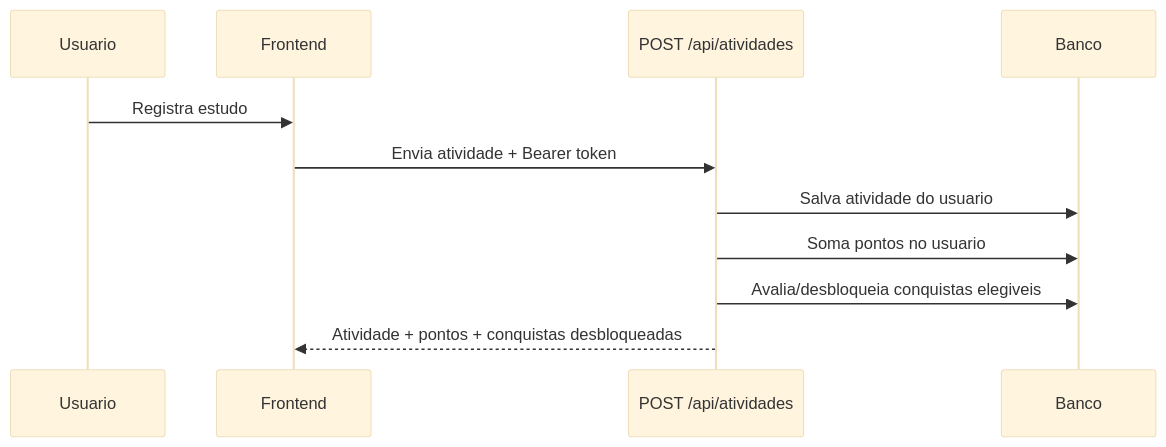
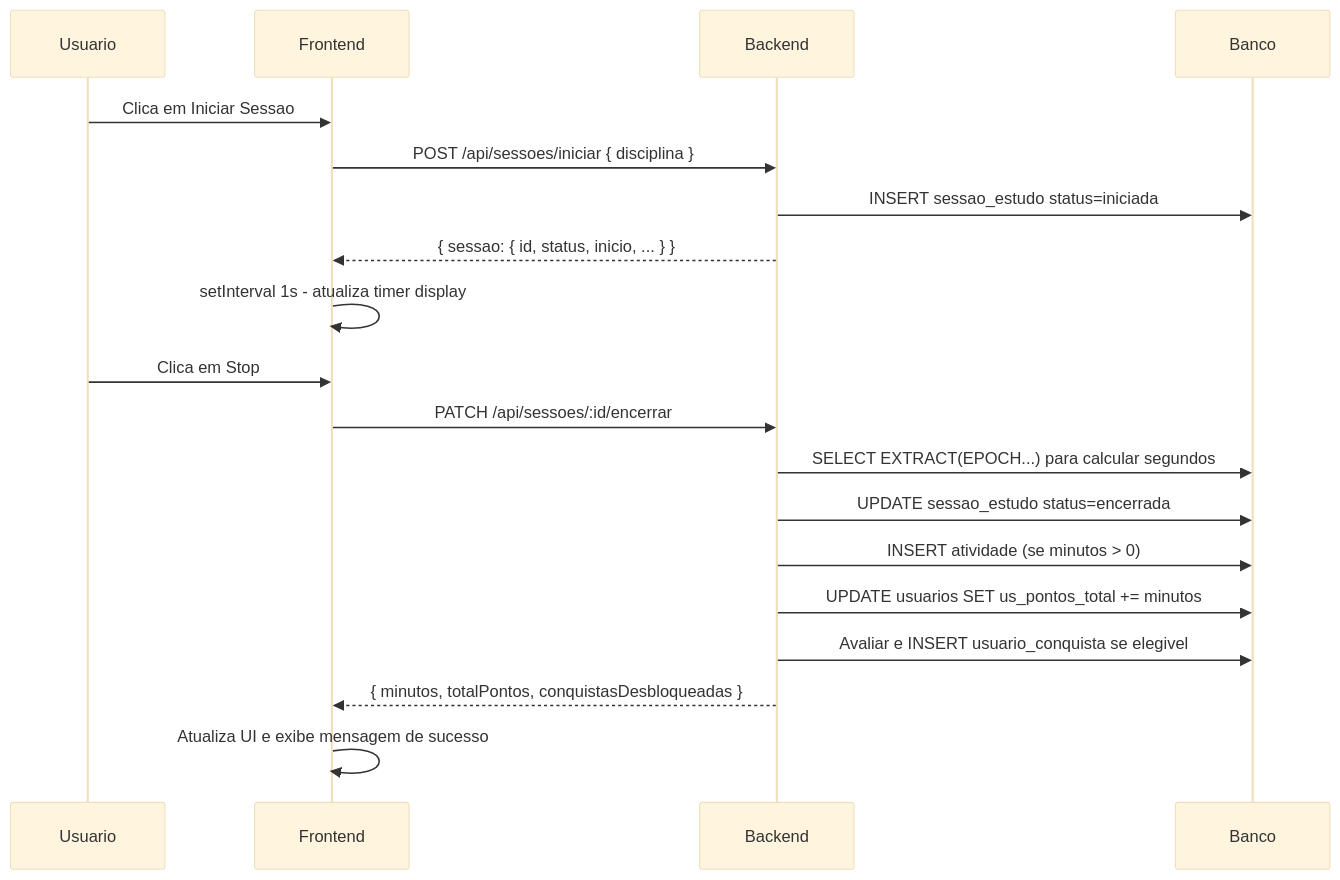
One commit to art4raujo0/xp-diario changed the second of 3 diagrams in docs/DIAGRAMAS_TELAS_USUARIO_FINAL.md. Above: the diagram before and after it, drawn with Mermaid (base theme). The commit also changed other lines of this file and 24 other files, not shown here.

````diff
--- a/docs/DIAGRAMAS_TELAS_USUARIO_FINAL.md
+++ b/docs/DIAGRAMAS_TELAS_USUARIO_FINAL.md
@@ -23,14 +102,23 @@
 ```mermaid
 sequenceDiagram
     participant U as Usuario
     participant APP as Frontend
-    participant API as POST /api/atividades
+    participant API as Backend
     participant DB as Banco
 
-    U->>APP: Registra estudo
-    APP->>API: Envia atividade + Bearer token
-    API->>DB: Salva atividade do usuario
-    API->>DB: Soma pontos no usuario
-    API->>DB: Avalia/desbloqueia conquistas elegiveis
-    API-->>APP: Atividade + pontos + conquistas desbloqueadas
+    U->>APP: Clica em Iniciar Sessao
+    APP->>API: POST /api/sessoes/iniciar { disciplina }
+    API->>DB: INSERT sessao_estudo status=iniciada
+    API-->>APP: { sessao: { id, status, inicio, ... } }
+    APP->>APP: setInterval 1s - atualiza timer display
+
+    U->>APP: Clica em Stop
+    APP->>API: PATCH /api/sessoes/:id/encerrar
+    API->>DB: SELECT EXTRACT(EPOCH...) para calcular segundos
+    API->>DB: UPDATE sessao_estudo status=encerrada
+    API->>DB: INSERT atividade (se minutos > 0)
+    API->>DB: UPDATE usuarios SET us_pontos_total += minutos
+    API->>DB: Avaliar e INSERT usuario_conquista se elegivel
+    API-->>APP: { minutos, totalPontos, conquistasDesbloqueadas }
+    APP->>APP: Atualiza UI e exibe mensagem de sucesso
 ```
````
